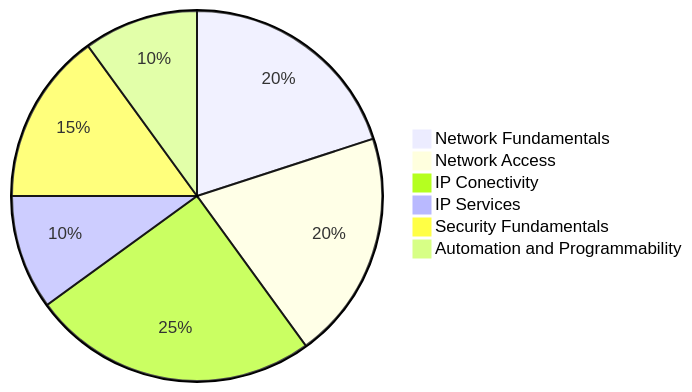
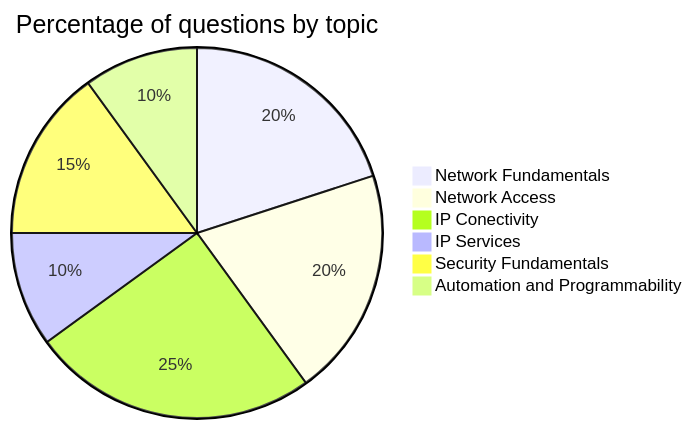
The diagram in README.md (proooxys/CCNA-Study), drawn with Mermaid before and after one commit.

````diff
--- a/README.md
+++ b/README.md
@@ -32,9 +32,9 @@
 ```mermaid
-pie
+pie title Percentage of questions by topic
 "Network Fundamentals" : 20
 "Network Access" : 20
 "IP Conectivity" : 25
 "IP Services" : 10
 "Security Fundamentals" : 15
 "Automation and Programmability" : 10
 ```
````
